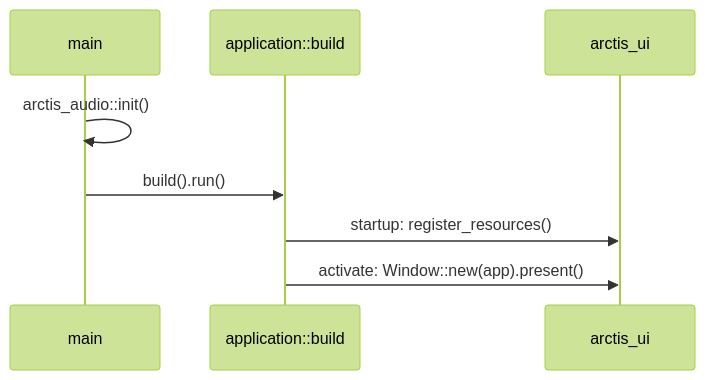
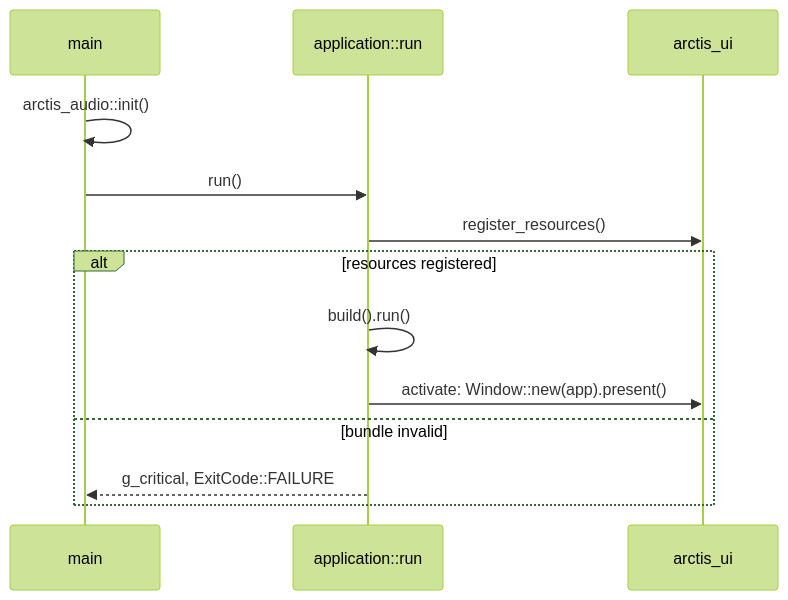
One commit to marcelogm/arctis-companion changed the second of 4 diagrams in docs/architecture/README.md. Above: the diagram before and after it, drawn with Mermaid (forest theme). The commit also changed other lines of this file and 2 other files, not shown here.

Commit message:
docs: record SP1 review outcomes

````diff
--- a/docs/architecture/README.md
+++ b/docs/architecture/README.md
@@ -36,10 +36,15 @@
 ```mermaid
 sequenceDiagram
     participant M as main
-    participant A as application::build
+    participant A as application::run
     participant U as arctis_ui
     M->>M: arctis_audio::init()
-    M->>A: build().run()
-    A->>U: startup: register_resources()
-    A->>U: activate: Window::new(app).present()
+    M->>A: run()
+    A->>U: register_resources()
+    alt resources registered
+        A->>A: build().run()
+        A->>U: activate: Window::new(app).present()
+    else bundle invalid
+        A-->>M: g_critical, ExitCode::FAILURE
+    end
 ```
````
